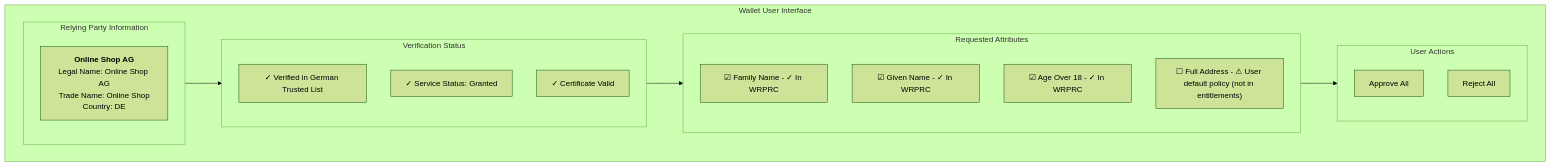
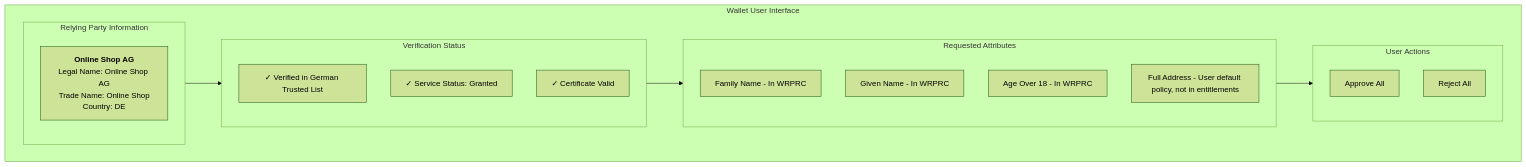
One commit to webuild-consortium/wp4-trust-group changed the ninth of 9 diagrams in task2-trust-framework/wallet-policy-discovery.md. Above: the diagram before and after it, drawn with Mermaid (forest theme). The commit also changed other lines of this file, not shown here.

Commit message:
fix: policy discovery mermaid rendering error

````diff
--- a/task2-trust-framework/wallet-policy-discovery.md
+++ b/task2-trust-framework/wallet-policy-discovery.md
@@ -672,30 +672,30 @@
 ```mermaid
 flowchart TD
     subgraph UI["Wallet User Interface"]
         subgraph RP_Info["Relying Party Information"]
             RP_Name["<b>Online Shop AG</b><br/>Legal Name: Online Shop AG<br/>Trade Name: Online Shop<br/>Country: DE"]
         end
         
         subgraph Verification["Verification Status"]
             V1["✓ Verified in German Trusted List"]
             V2["✓ Service Status: Granted"]
             V3["✓ Certificate Valid"]
         end
         
         subgraph Attributes["Requested Attributes"]
-            A1["☑ Family Name - ✓ In WRPRC"]
-            A2["☑ Given Name - ✓ In WRPRC"]
-            A3["☑ Age Over 18 - ✓ In WRPRC"]
-            A4["☐ Full Address - ⚠ User default policy (not in entitlements)"]
+            A1["Family Name - In WRPRC"]
+            A2["Given Name - In WRPRC"]
+            A3["Age Over 18 - In WRPRC"]
+            A4["Full Address - User default policy, not in entitlements"]
         end
         
         subgraph Actions["User Actions"]
             Approve["Approve All"]
             Reject["Reject All"]
         end
     end
     
         RP_Info --> Verification
     Verification --> Attributes
     Attributes --> Actions
 ```
````
